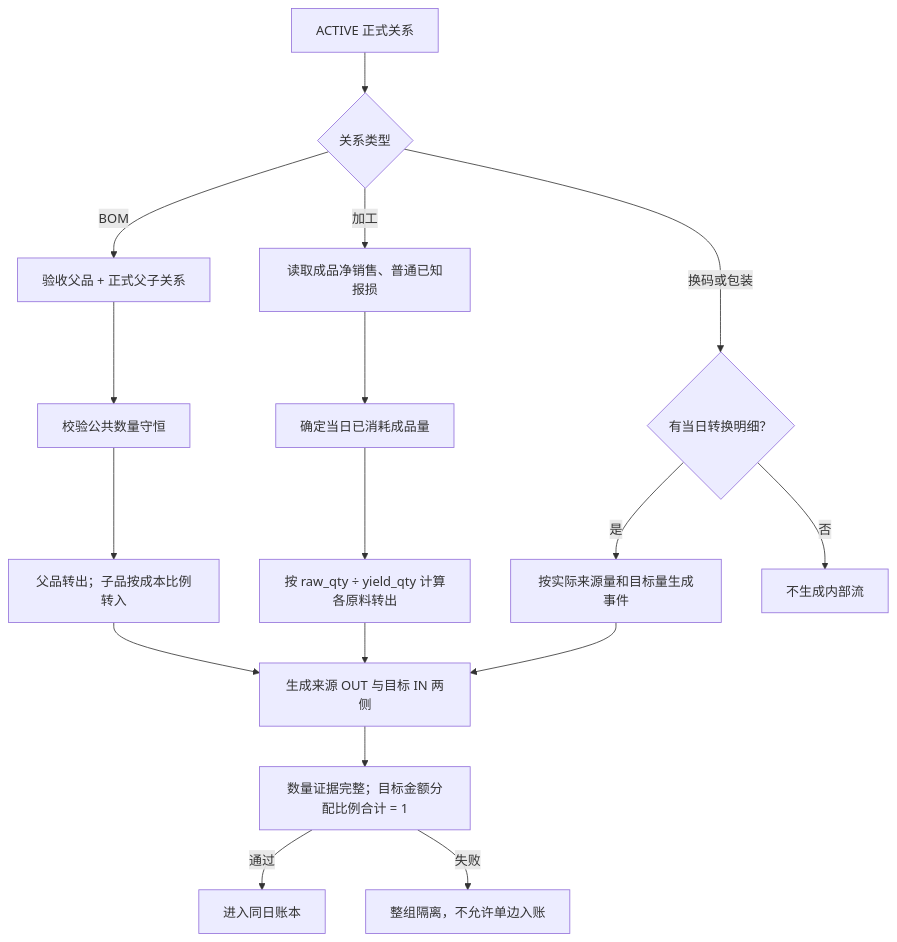
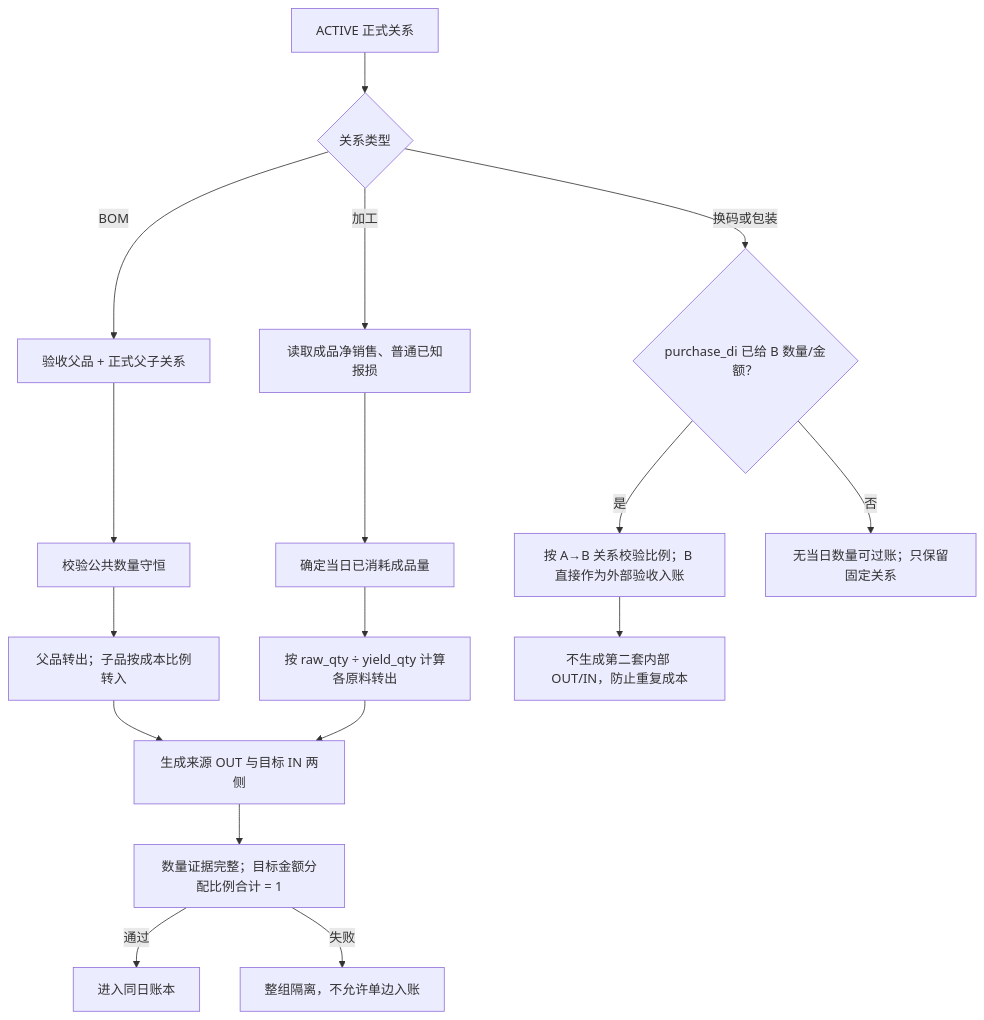
The fourth of 8 diagrams in fmetl/README.md (kate636/cuihua-data), drawn with Mermaid before and after one commit. The commit also changed other lines of this file and 20 other files, not shown here.

````diff
--- a/fmetl/README.md
+++ b/fmetl/README.md
@@ -250,23 +255,23 @@
 ```mermaid
 flowchart TB
     REL["ACTIVE 正式关系"] --> TYPE{"关系类型"}
 
     TYPE -->|BOM| B1["验收父品 + 正式父子关系"]
     B1 --> B2["校验公共数量守恒"]
     B2 --> B3["父品转出；子品按成本比例转入"]
 
     TYPE -->|加工| P1["读取成品净销售、普通已知报损"]
     P1 --> P2["确定当日已消耗成品量"]
     P2 --> P3["按 raw_qty ÷ yield_qty 计算各原料转出"]
 
-    TYPE -->|换码或包装| C1{"有当日转换明细？"}
-    C1 -->|是| C2["按实际来源量和目标量生成事件"]
-    C1 -->|否| C3["不生成内部流"]
+    TYPE -->|换码或包装| C1{"purchase_di 已给 B 数量/金额？"}
+    C1 -->|是| C2["按 A→B 关系校验比例；B 直接作为外部验收入账"]
+    C1 -->|否| C3["无当日数量可过账；只保留固定关系"]
 
     B3 --> LEGS["生成来源 OUT 与目标 IN 两侧"]
     P3 --> LEGS
-    C2 --> LEGS
+    C2 --> DIRECT["不生成第二套内部 OUT/IN，防止重复成本"]
     LEGS --> CHECK["数量证据完整；目标金额分配比例合计 = 1"]
     CHECK -->|通过| POST["进入同日账本"]
     CHECK -->|失败| QUAR["整组隔离，不允许单边入账"]
 ```
````
